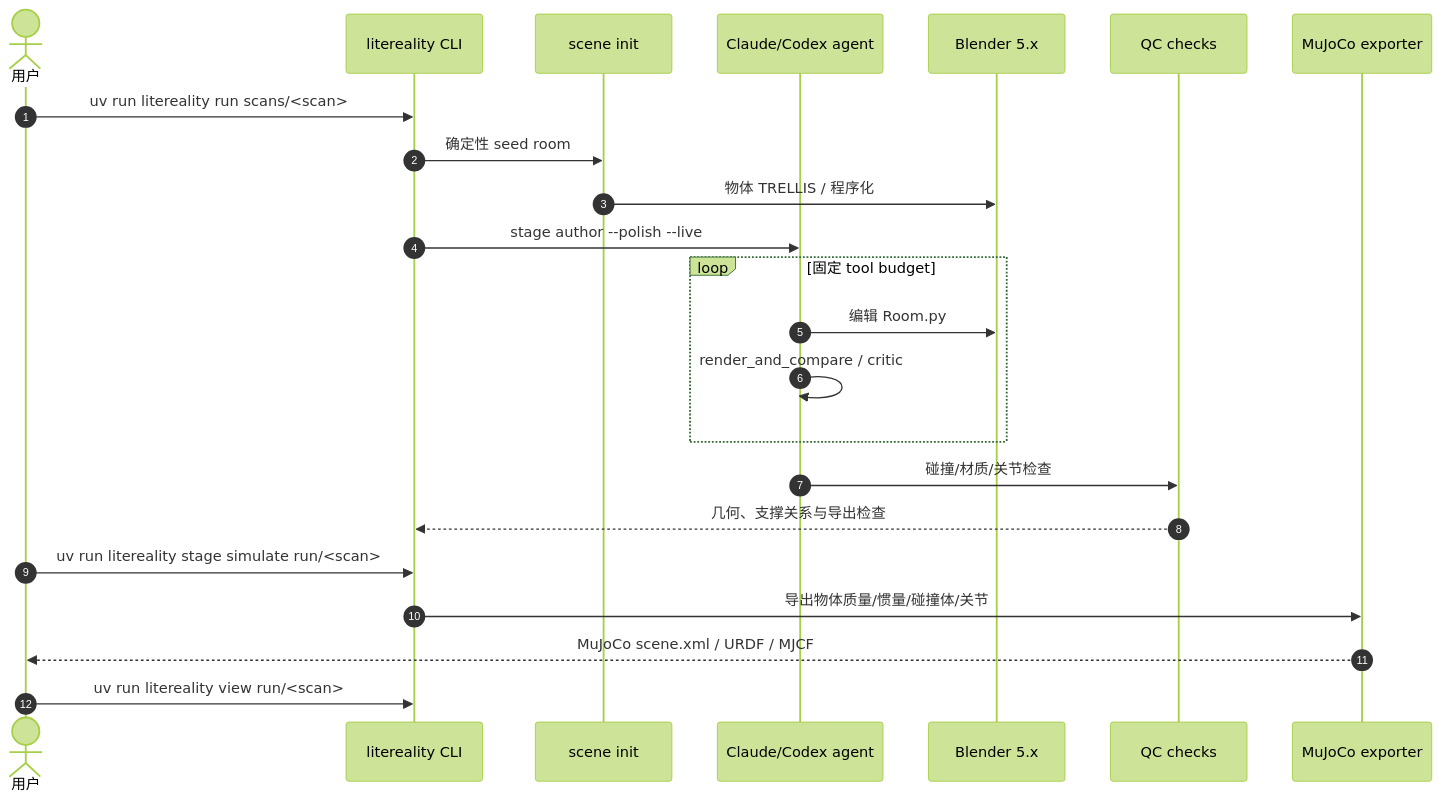
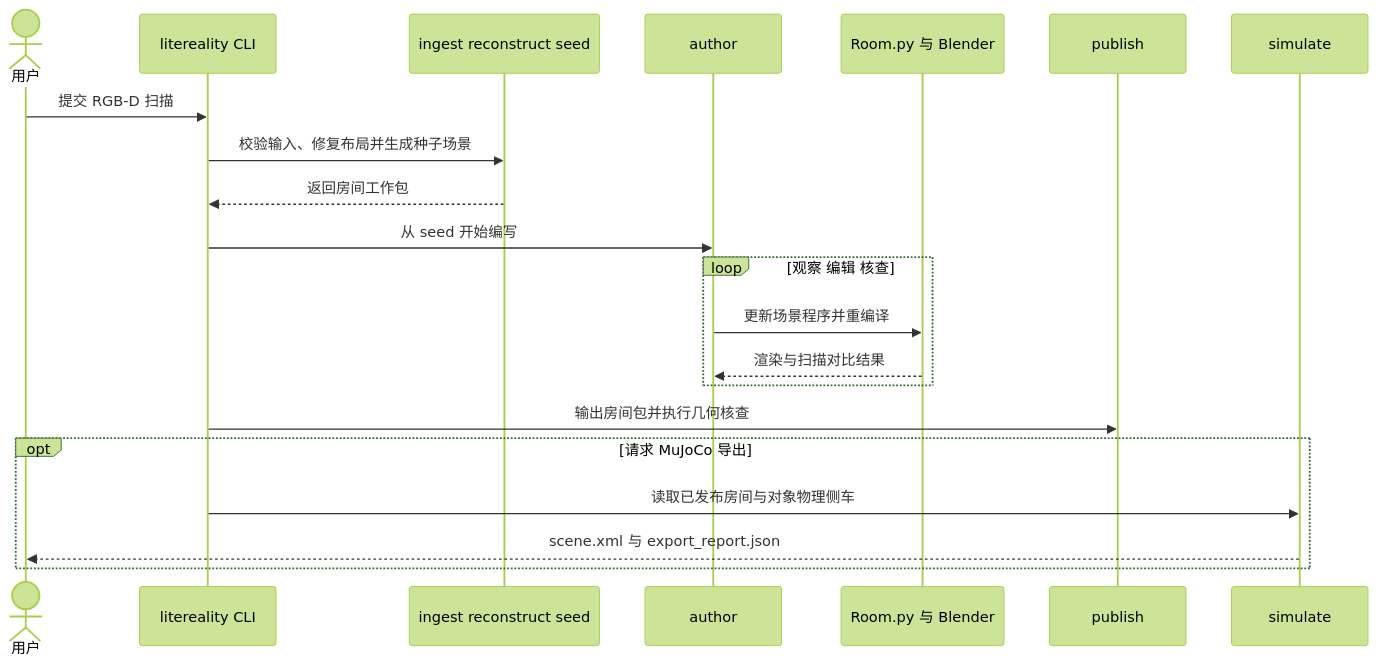
The second of 2 diagrams in wiki/entities/litereality-agent.md (ImChong/Robotics_Notebooks), drawn with Mermaid (forest theme) before and after one commit. The commit also changed other lines of this file and 4 other files, not shown here.

Commit message:
ingest: 核对 LiteReality-Agent v1 与 MuJoCo 导出边界

````diff
--- a/wiki/entities/litereality-agent.md
+++ b/wiki/entities/litereality-agent.md
@@ -91,25 +101,23 @@
 ```mermaid
 sequenceDiagram
-    autonumber
-    actor User as 用户
-    participant CLI as litereality CLI
-    participant Init as scene init
-    participant Agent as Claude/Codex agent
-    participant Blender as Blender 5.x
-    participant QC as QC checks
-    participant Sim as MuJoCo exporter
-    User->>CLI: uv run litereality run scans/<scan>
-    CLI->>Init: 确定性 seed room
-    Init->>Blender: 物体 TRELLIS / 程序化
-    CLI->>Agent: stage author --polish --live
-    loop 固定 tool budget
-        Agent->>Blender: 编辑 Room.py
-        Agent->>Agent: render_and_compare / critic
+    actor U as 用户
+    participant C as litereality CLI
+    participant I as ingest reconstruct seed
+    participant A as author
+    participant B as Room.py 与 Blender
+    participant Q as publish
+    participant M as simulate
+    U->>C: 提交 RGB-D 扫描
+    C->>I: 校验输入、修复布局并生成种子场景
+    I-->>C: 返回房间工作包
+    C->>A: 从 seed 开始编写
+    loop 观察 编辑 核查
+        A->>B: 更新场景程序并重编译
+        B-->>A: 渲染与扫描对比结果
     end
-    Agent->>QC: 碰撞/材质/关节检查
-    QC-->>CLI: 几何、支撑关系与导出检查
-    User->>CLI: uv run litereality stage simulate run/<scan>
-    CLI->>Sim: 导出物体质量/惯量/碰撞体/关节
-    Sim-->>User: MuJoCo scene.xml / URDF / MJCF
-    User->>CLI: uv run litereality view run/<scan>
+    C->>Q: 输出房间包并执行几何核查
+    opt 请求 MuJoCo 导出
+        C->>M: 读取已发布房间与对象物理侧车
+        M-->>U: scene.xml 与 export_report.json
+    end
 ```
````
